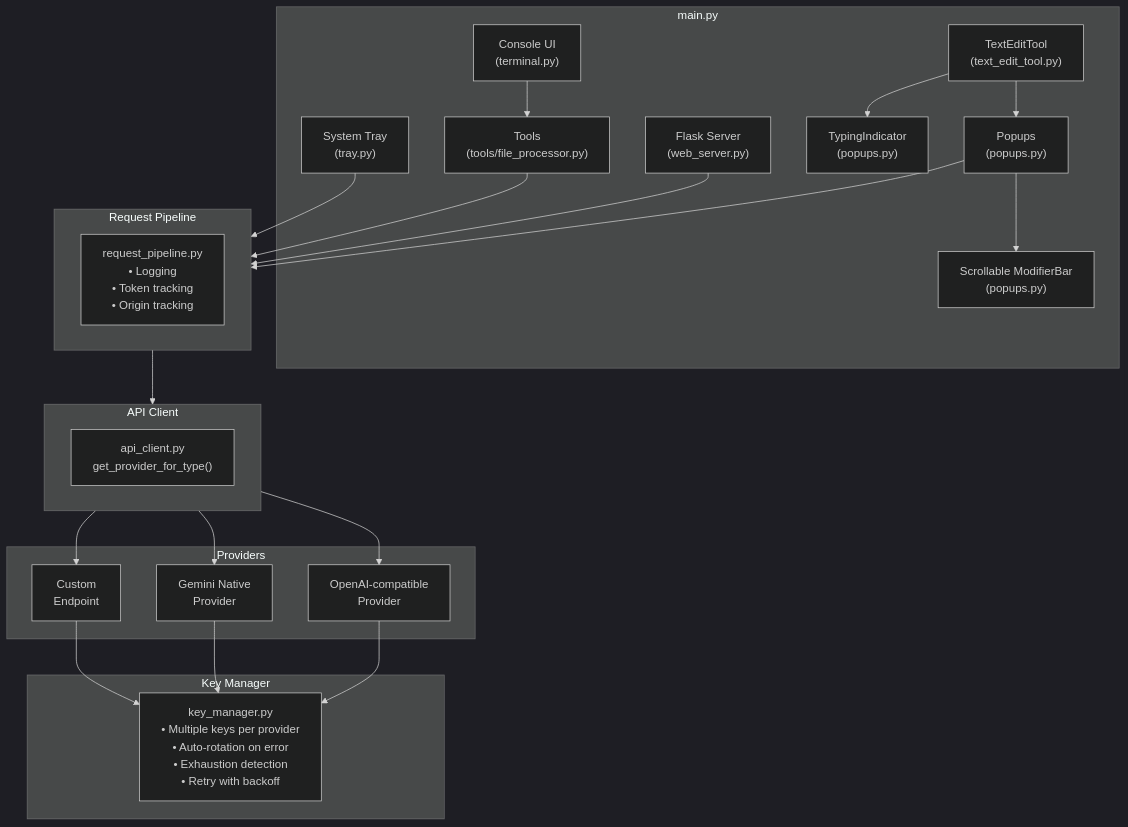
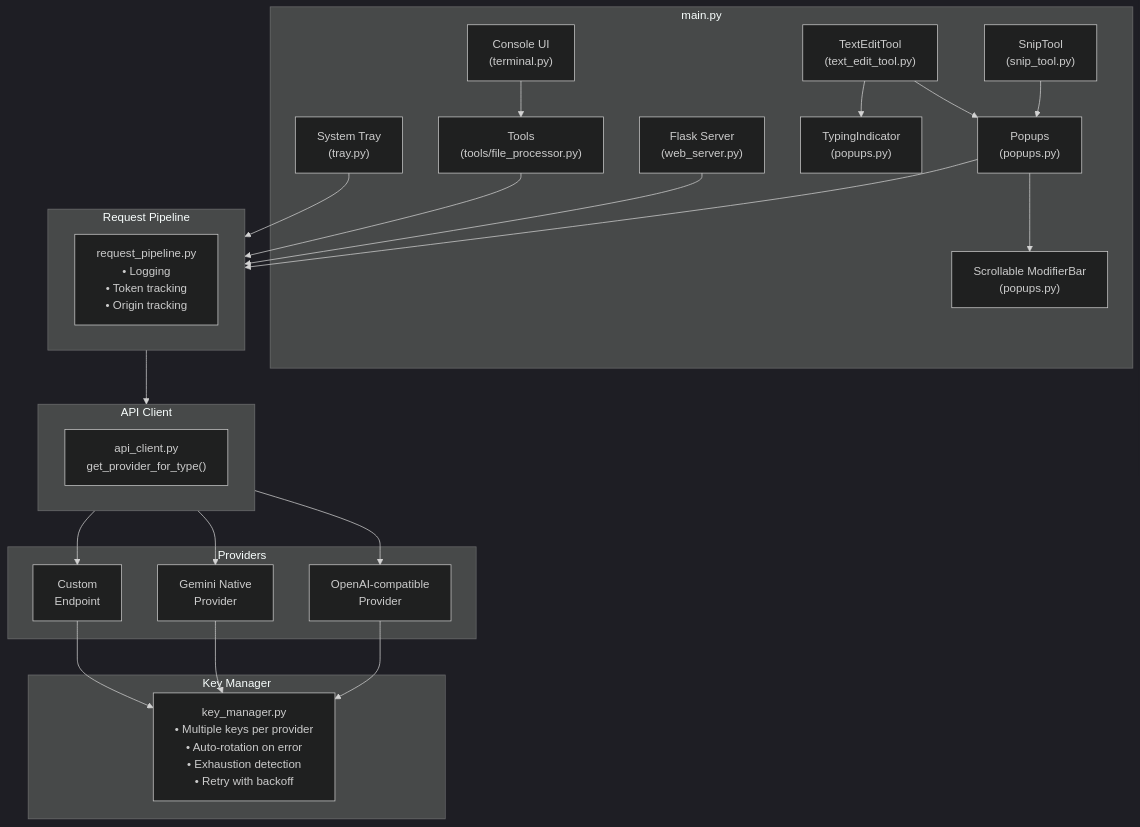
Before and after one commit to zaxx-q/AI-Bridge: the first of 2 diagrams in docs/ARCHITECTURE.md, drawn with Mermaid (dark theme). The commit also changed other lines of this file and 3 other files, not shown here.

````diff
--- a/docs/ARCHITECTURE.md
+++ b/docs/ARCHITECTURE.md
@@ -21,47 +21,49 @@
 ```mermaid
 flowchart TB
     subgraph Main["main.py"]
         Tray["System Tray<br/>(tray.py)"]
         Console["Console UI<br/>(terminal.py)"]
         Tools["Tools<br/>(tools/file_processor.py)"]
         Flask["Flask Server<br/>(web_server.py)"]
         TET["TextEditTool<br/>(text_edit_tool.py)"]
+        Snip["SnipTool<br/>(snip_tool.py)"]
         Popups["Popups<br/>(popups.py)"]
         Modifiers["Scrollable ModifierBar<br/>(popups.py)"]
         TypingInd["TypingIndicator<br/>(popups.py)"]
     end
     
     subgraph Pipeline["Request Pipeline"]
         RP["request_pipeline.py<br/>• Logging<br/>• Token tracking<br/>• Origin tracking"]
     end
     
     subgraph APIClient["API Client"]
         AC["api_client.py<br/>get_provider_for_type()"]
     end
     
     subgraph Providers["Providers"]
         OAI["OpenAI-compatible<br/>Provider"]
         Gemini["Gemini Native<br/>Provider"]
         Custom["Custom<br/>Endpoint"]
     end
     
     subgraph KeyMgr["Key Manager"]
         KM["key_manager.py<br/>• Multiple keys per provider<br/>• Auto-rotation on error<br/>• Exhaustion detection<br/>• Retry with backoff"]
     end
     
     Tray --> Pipeline
     Flask --> Pipeline
     Console --> Tools
     Tools --> Pipeline
     TET --> Popups
+    Snip --> Popups
     Popups --> Modifiers
     TET --> TypingInd
     Popups --> Pipeline
     Pipeline --> APIClient
     APIClient --> OAI
     APIClient --> Gemini
     APIClient --> Custom
     OAI --> KM
     Gemini --> KM
     Custom --> KM
 ```
````
